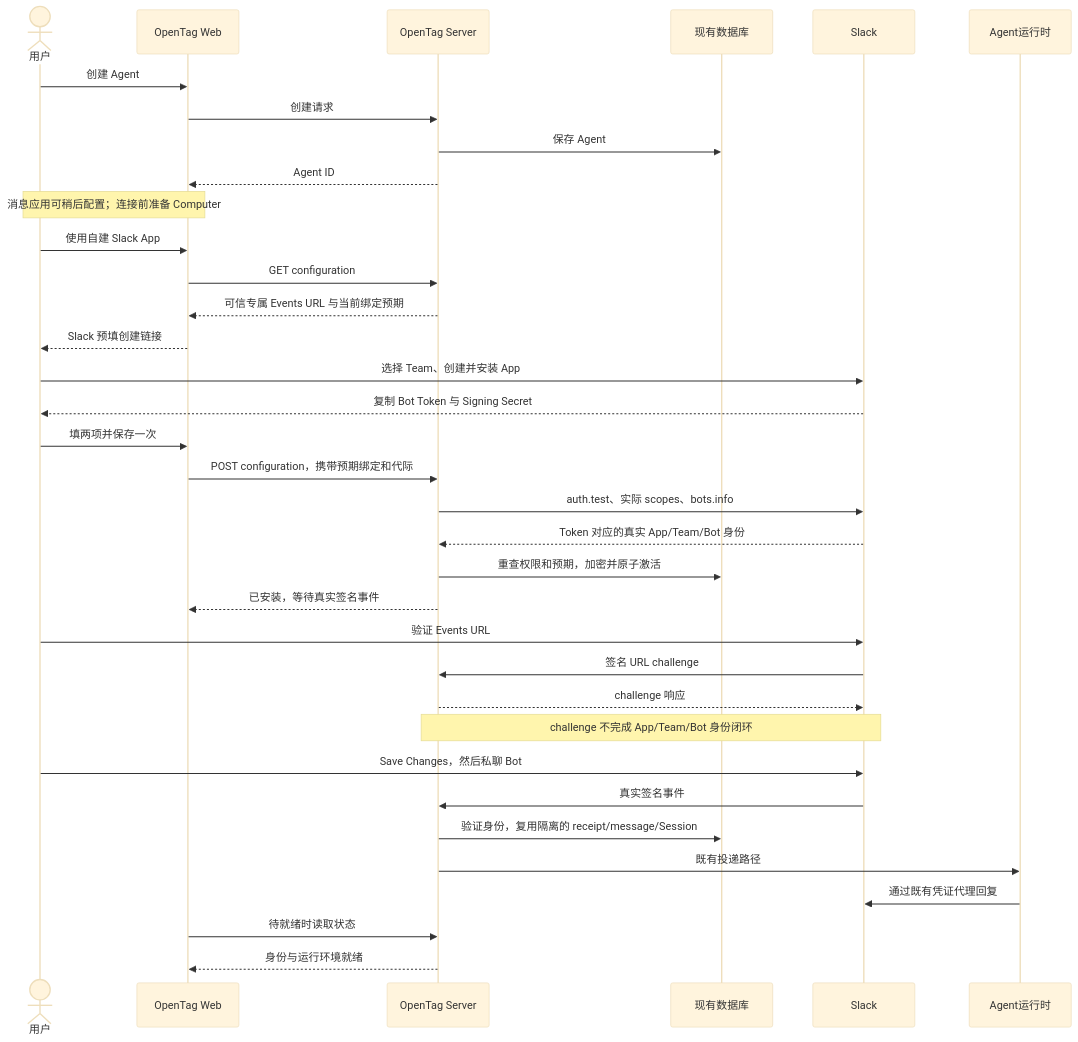
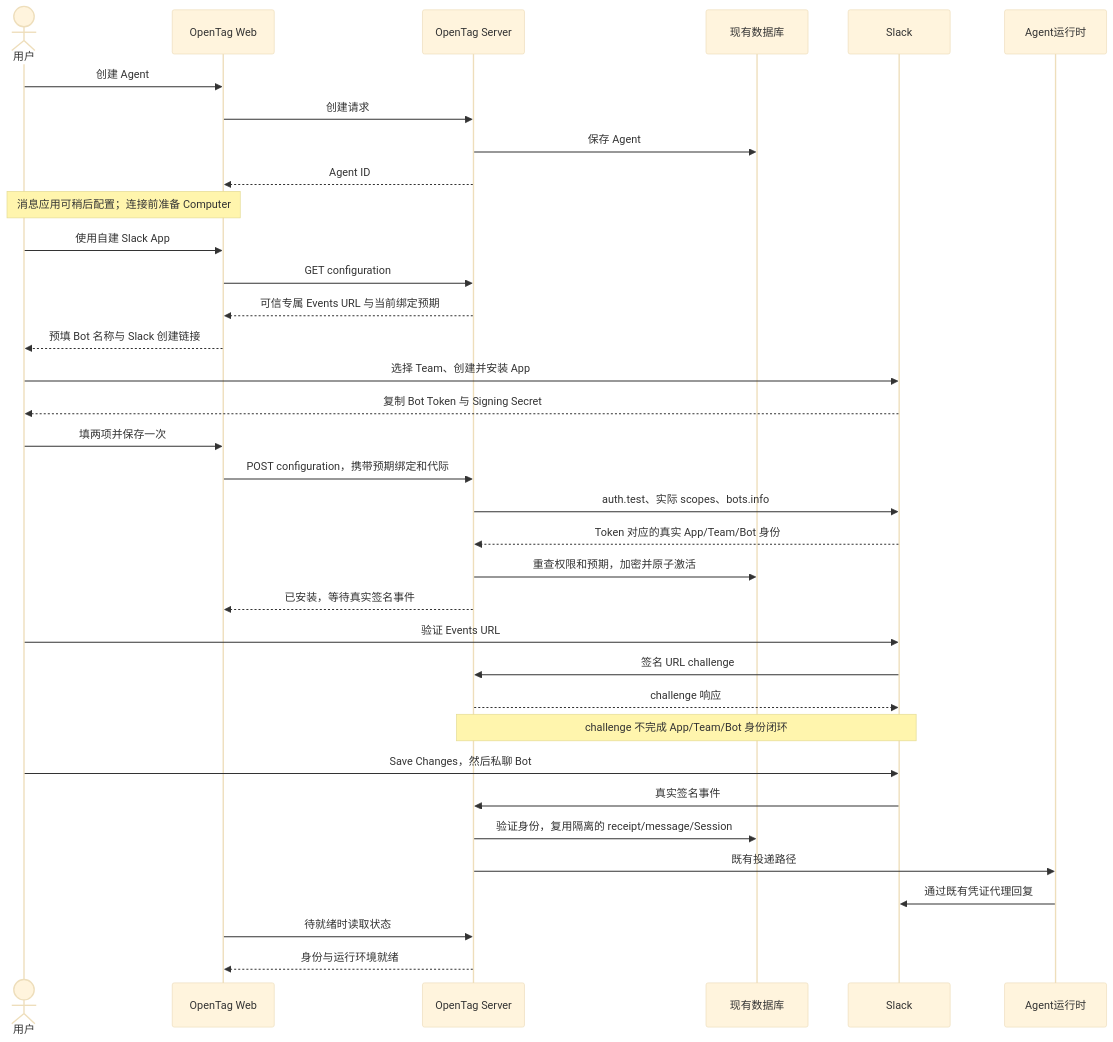
The diagram in docs/zh-CN/design/custom-slack-app.md (ZihanLi916/opentag), drawn with Mermaid (base theme) before and after one commit. The commit also changed other lines of this file and 11 other files, not shown here.

````diff
--- a/docs/zh-CN/design/custom-slack-app.md
+++ b/docs/zh-CN/design/custom-slack-app.md
@@ -20,37 +26,37 @@
 ```mermaid
 sequenceDiagram
     actor U as 用户
     participant W as OpenTag Web
     participant S as OpenTag Server
     participant D as 现有数据库
     participant L as Slack
     participant A as Agent运行时
     U->>W: 创建 Agent
     W->>S: 创建请求
     S->>D: 保存 Agent
     S-->>W: Agent ID
     Note over U,W: 消息应用可稍后配置；连接前准备 Computer
     U->>W: 使用自建 Slack App
     W->>S: GET configuration
     S-->>W: 可信专属 Events URL 与当前绑定预期
-    W-->>U: Slack 预填创建链接
+    W-->>U: 预填 Bot 名称与 Slack 创建链接
     U->>L: 选择 Team、创建并安装 App
     L-->>U: 复制 Bot Token 与 Signing Secret
     U->>W: 填两项并保存一次
     W->>S: POST configuration，携带预期绑定和代际
     S->>L: auth.test、实际 scopes、bots.info
     L-->>S: Token 对应的真实 App/Team/Bot 身份
     S->>D: 重查权限和预期，加密并原子激活
     S-->>W: 已安装，等待真实签名事件
     U->>L: 验证 Events URL
     L->>S: 签名 URL challenge
     S-->>L: challenge 响应
     Note over S,L: challenge 不完成 App/Team/Bot 身份闭环
     U->>L: Save Changes，然后私聊 Bot
     L->>S: 真实签名事件
     S->>D: 验证身份，复用隔离的 receipt/message/Session
     S->>A: 既有投递路径
     A->>L: 通过既有凭证代理回复
     W->>S: 待就绪时读取状态
     S-->>W: 身份与运行环境就绪
 ```
````
